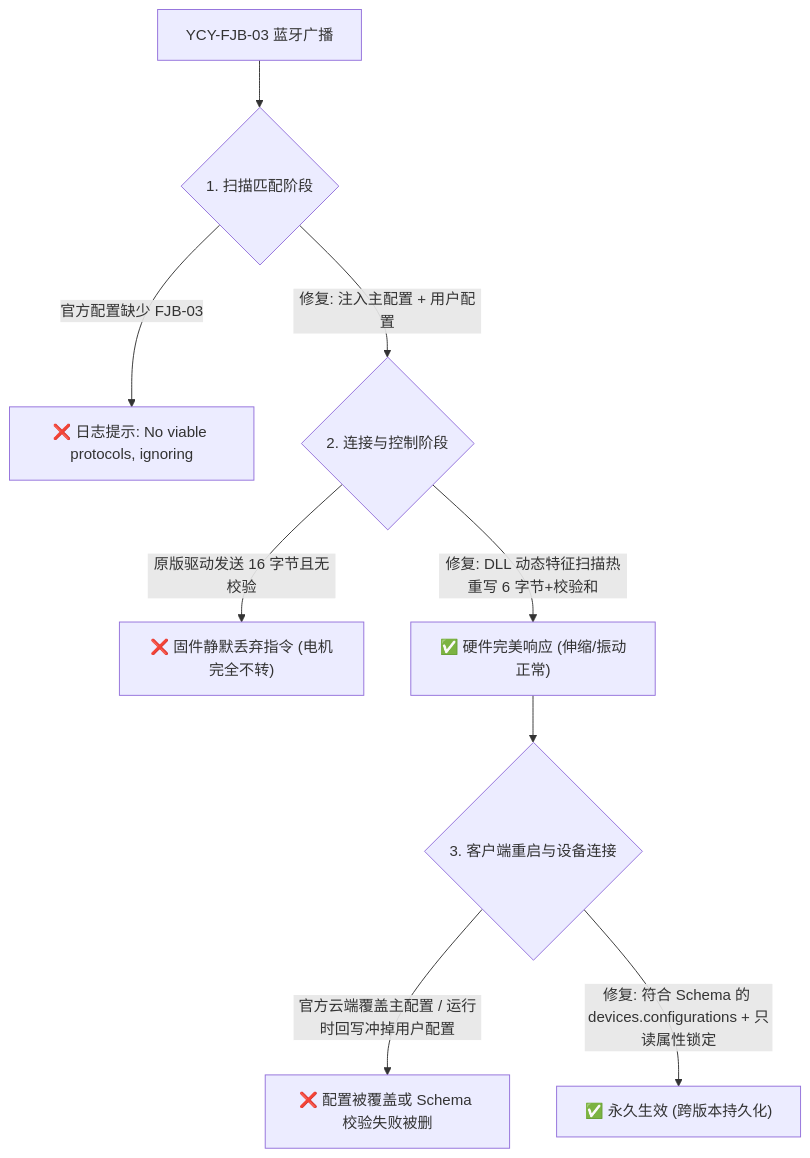
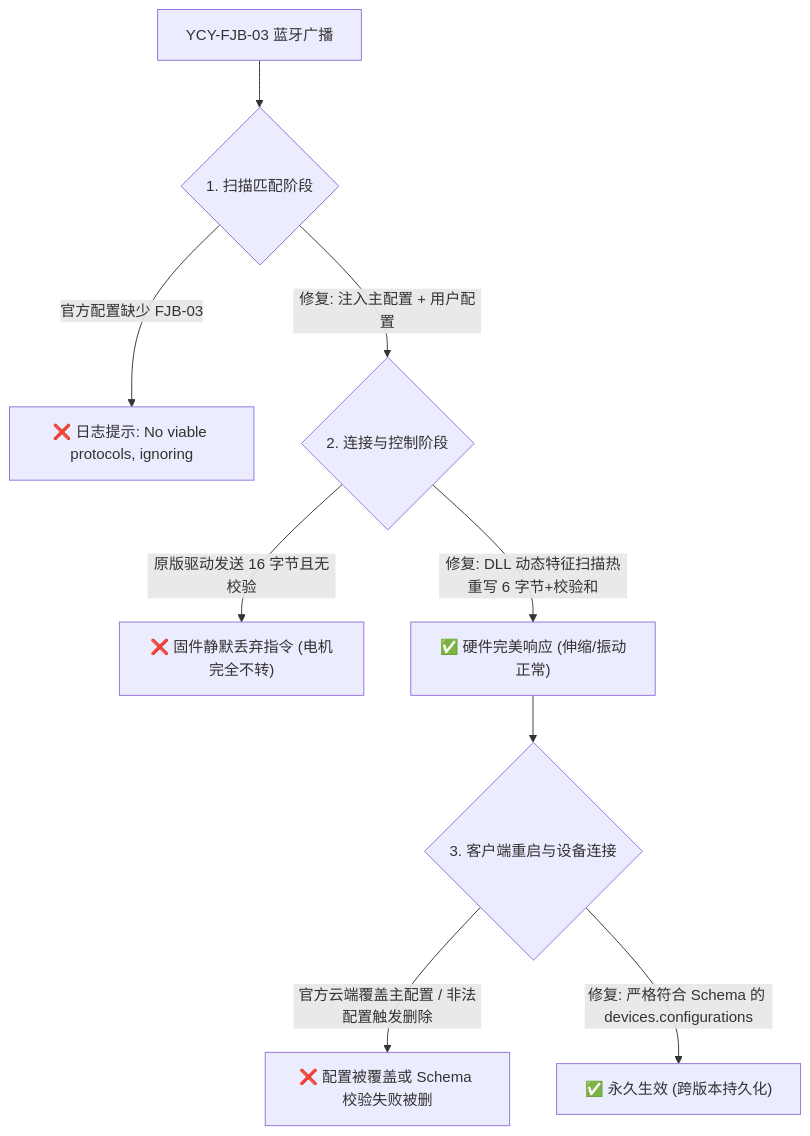
Before and after one commit to DDeeply/intiface-ycy-fjb03-fix: the diagram in README.md, drawn with Mermaid. The commit also changed other lines of this file and 1 other file, not shown here.

````diff
--- a/README.md
+++ b/README.md
@@ -23,11 +24,11 @@
 ```mermaid
 flowchart TD
     A["YCY-FJB-03 蓝牙广播"] --> B{"1. 扫描匹配阶段"}
     B -- "官方配置缺少 FJB-03" --> B1["❌ 日志提示: No viable protocols, ignoring"]
     B -- "修复: 注入主配置 + 用户配置" --> C{"2. 连接与控制阶段"}
     C -- "原版驱动发送 16 字节且无校验" --> C1["❌ 固件静默丢弃指令 (电机完全不转)"]
     C -- "修复: DLL 动态特征扫描热重写 6 字节+校验和" --> D["✅ 硬件完美响应 (伸缩/振动正常)"]
     D --> E{"3. 客户端重启与设备连接"}
-    E -- "官方云端覆盖主配置 / 运行时回写冲掉用户配置" --> E1["❌ 配置被覆盖或 Schema 校验失败被删"]
-    E -- "修复: 符合 Schema 的 devices.configurations + 只读属性锁定" --> F["✅ 永久生效 (跨版本持久化)"]
+    E -- "官方云端覆盖主配置 / 非法配置触发删除" --> E1["❌ 配置被覆盖或 Schema 校验失败被删"]
+    E -- "修复: 严格符合 Schema 的 devices.configurations" --> F["✅ 永久生效 (跨版本持久化)"]
 ```
````
